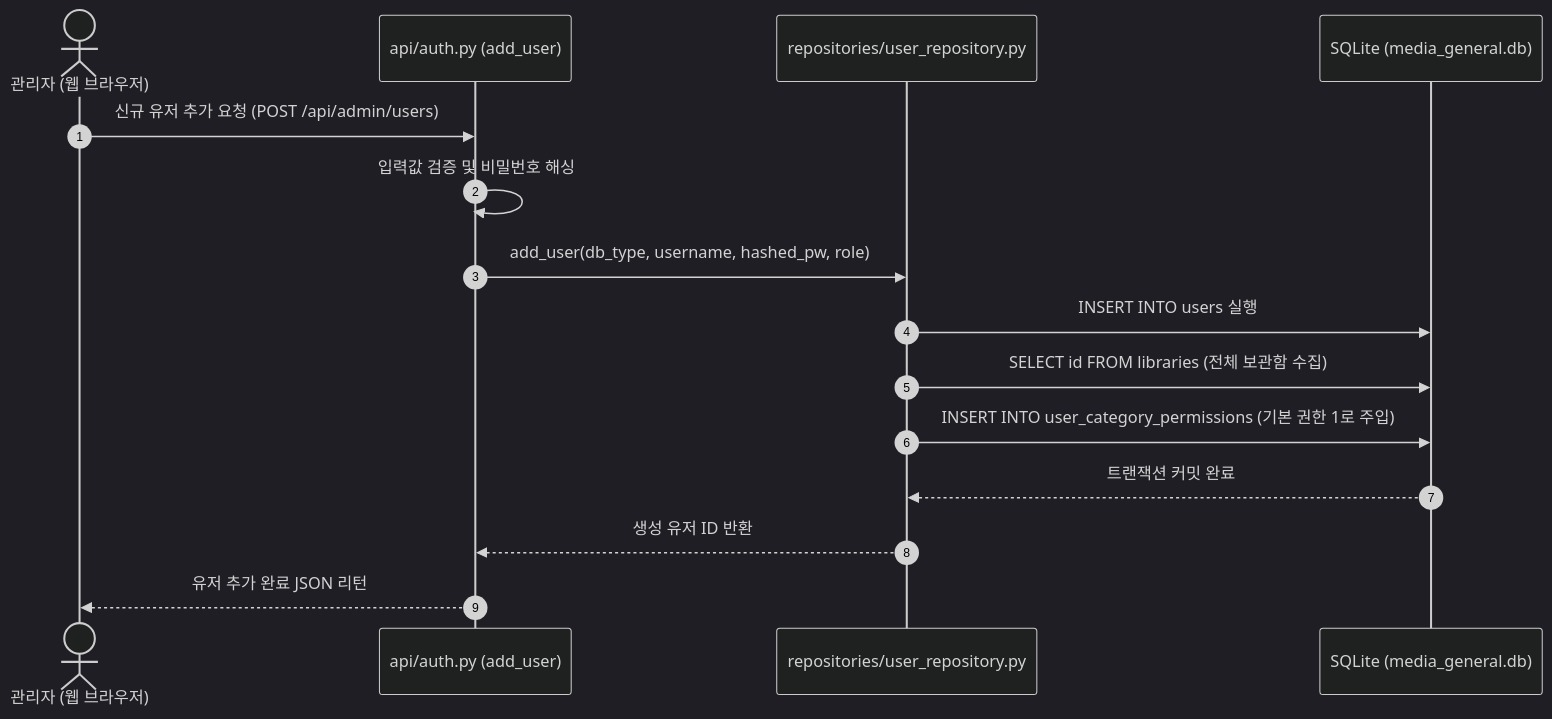
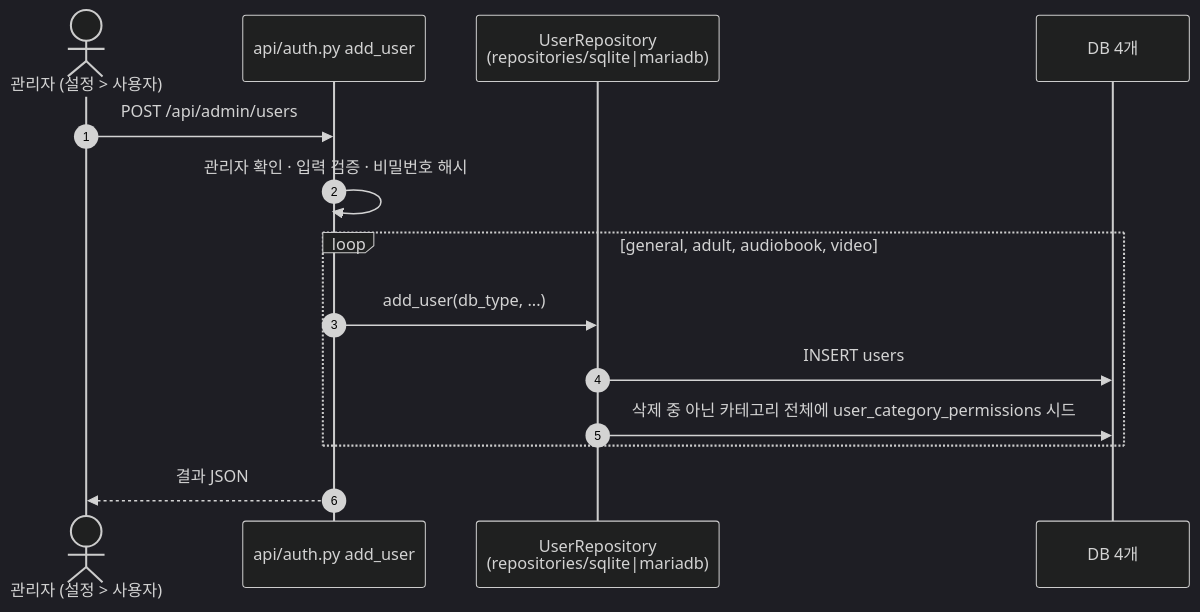
Before and after one commit to leeyj/BookOasis_stable: the third of 8 diagrams in docs/guide_architecture.md, drawn with Mermaid (dark theme). The commit also changed other lines of this file and 45 other files, not shown here.

````diff
--- a/docs/guide_architecture.md
+++ b/docs/guide_architecture.md
@@ -85,18 +153,17 @@
 ```mermaid
 sequenceDiagram
     autonumber
-    actor Admin as 관리자 (웹 브라우저)
-    participant Route as api/auth.py (add_user)
-    participant Repo as repositories/user_repository.py
-    participant DB as SQLite (media_general.db)
+    actor Admin as 관리자 (설정 > 사용자)
+    participant Route as api/auth.py add_user
+    participant Repo as UserRepository<br/>(repositories/sqlite|mariadb)
+    participant DBs as DB 4개
 
-    Admin->>Route: 신규 유저 추가 요청 (POST /api/admin/users)
-    Route->>Route: 입력값 검증 및 비밀번호 해싱
-    Route->>Repo: add_user(db_type, username, hashed_pw, role)
-    Repo->>DB: INSERT INTO users 실행
-    Repo->>DB: SELECT id FROM libraries (전체 보관함 수집)
-    Repo->>DB: INSERT INTO user_category_permissions (기본 권한 1로 주입)
-    DB-->>Repo: 트랜잭션 커밋 완료
-    Repo-->>Route: 생성 유저 ID 반환
-    Route-->>Admin: 유저 추가 완료 JSON 리턴
+    Admin->>Route: POST /api/admin/users
+    Route->>Route: 관리자 확인 · 입력 검증 · 비밀번호 해시
+    loop general, adult, audiobook, video
+        Route->>Repo: add_user(db_type, ...)
+        Repo->>DBs: INSERT users
+        Repo->>DBs: 삭제 중 아닌 카테고리 전체에 user_category_permissions 시드
+    end
+    Route-->>Admin: 결과 JSON
 ```
````
